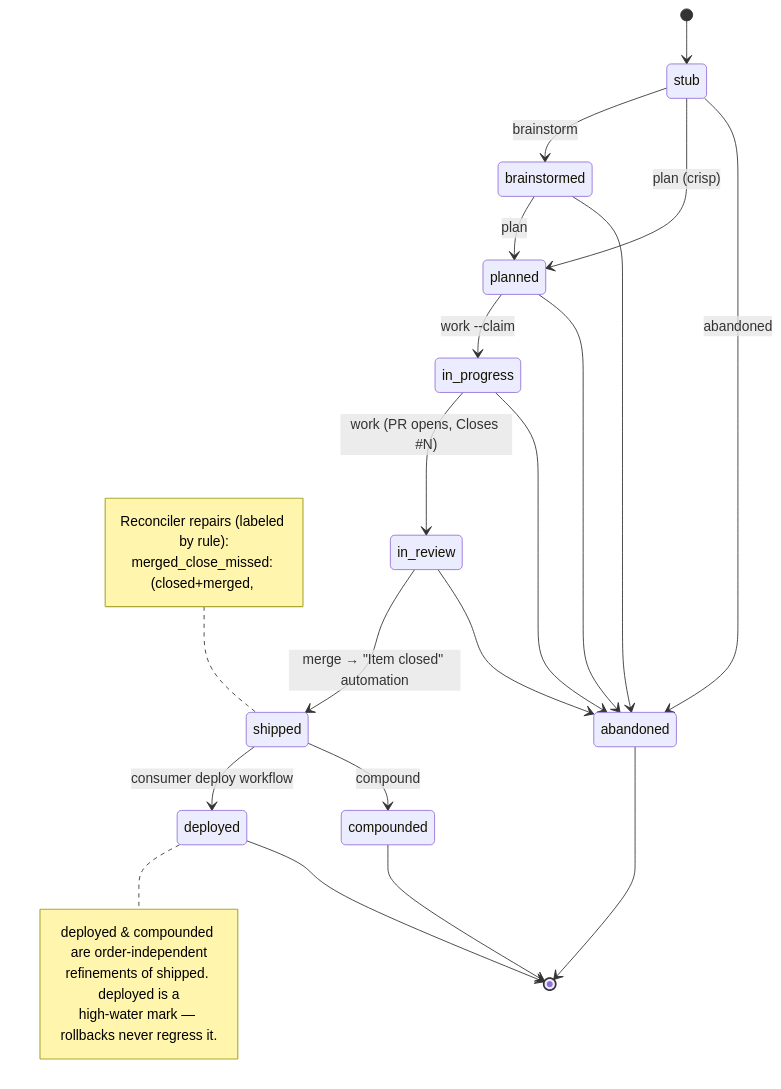
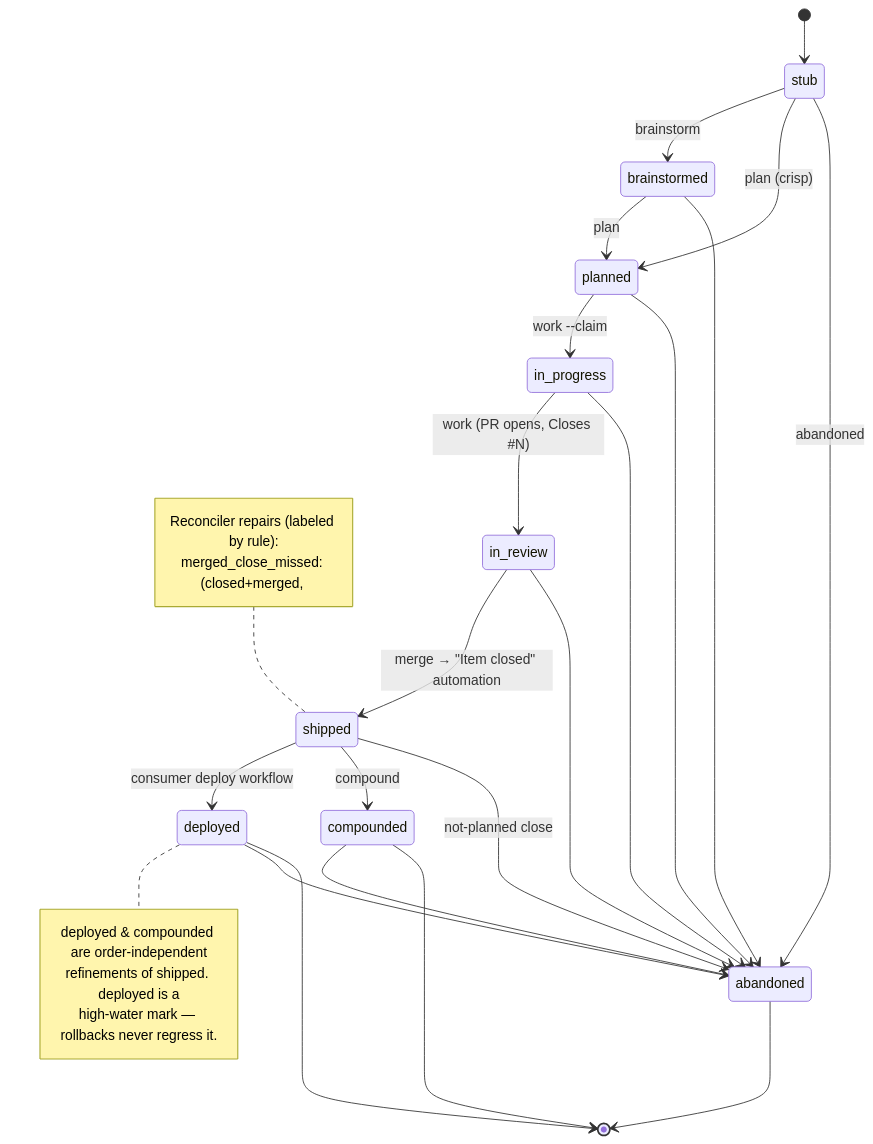
The second of 11 diagrams in plugins/agentic-engineering/FLOWS.md (Life-With-Data/agentic-engineering), drawn with Mermaid before and after one commit. The commit also changed other lines of this file and 22 other files, not shown here.

````diff
--- a/plugins/agentic-engineering/FLOWS.md
+++ b/plugins/agentic-engineering/FLOWS.md
@@ -51,39 +51,42 @@
 ```mermaid
 stateDiagram-v2
     [*] --> stub
     stub --> brainstormed: brainstorm
     stub --> planned: plan (crisp)
     brainstormed --> planned: plan
     planned --> in_progress: work --claim
     in_progress --> in_review: work (PR opens, Closes #N)
     in_review --> shipped: merge → "Item closed" automation
 
     shipped --> deployed: consumer deploy workflow
     shipped --> compounded: compound
     note right of deployed
         deployed & compounded are order-independent
         refinements of shipped. deployed is a
         high-water mark — rollbacks never regress it.
     end note
 
     stub --> abandoned: abandoned
     brainstormed --> abandoned
     planned --> abandoned
     in_progress --> abandoned
     in_review --> abandoned
+    shipped --> abandoned: not-planned close
+    deployed --> abandoned
+    compounded --> abandoned
 
     deployed --> [*]
     compounded --> [*]
     abandoned --> [*]
 
     note left of shipped
         Reconciler repairs (labeled by rule):
         merged_close_missed: (closed+merged, <shipped) → shipped
         not_planned_close: (closed as not-planned) → abandoned
         pr_closed_unmerged: in_review → in_progress
         pr_reopened: in_progress → in_review
         abandoned_cascade: closes a parent's open sub-issues
         Flag (report-only, never repaired):
         merged_to_non_default_branch → git-flow stall
     end note
 ```
````
